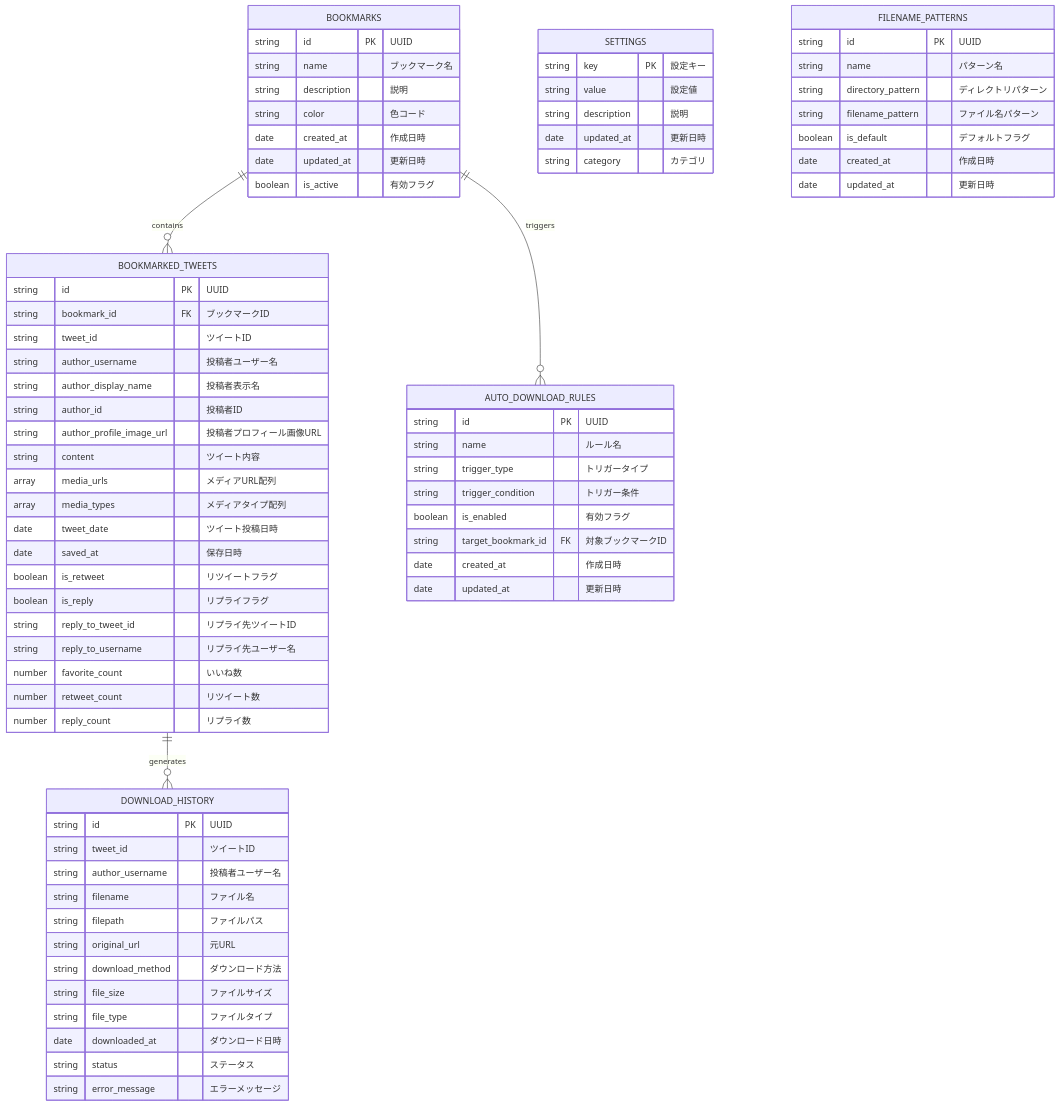
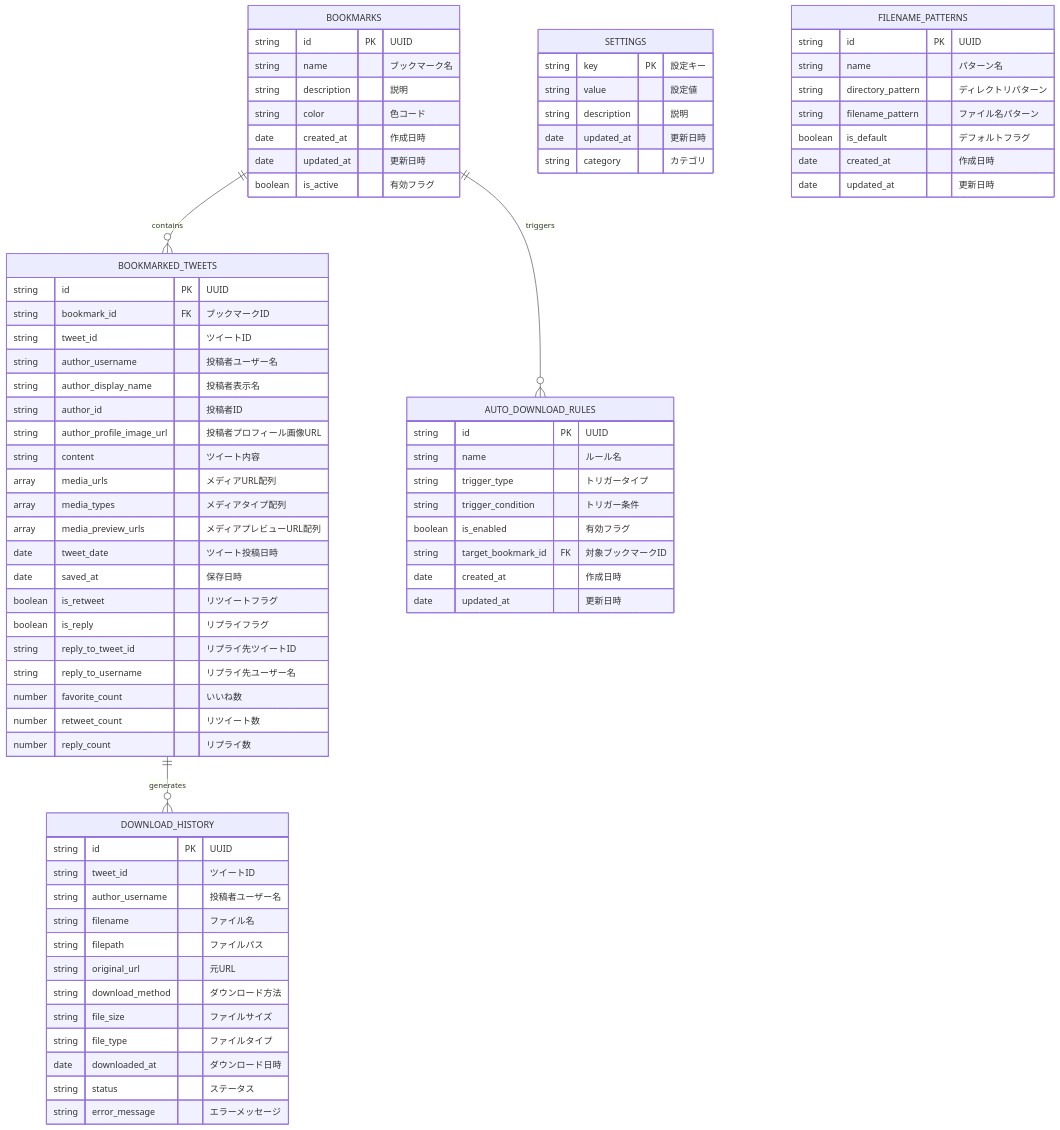
One commit to Hutaba-Makura/Comiketter changed the diagram in docs/er-diagram.md. Above: the diagram before and after it, drawn with Mermaid. The commit also changed other lines of this file and 6 other files, not shown here.

```diff
--- a/docs/er-diagram.md
+++ b/docs/er-diagram.md
@@ -25,6 +25,7 @@
         string content "ツイート内容"
         array media_urls "メディアURL配列"
         array media_types "メディアタイプ配列"
+        array media_preview_urls "メディアプレビューURL配列"
         date tweet_date "ツイート投稿日時"
         date saved_at "保存日時"
         boolean is_retweet "リツイートフラグ"
```
